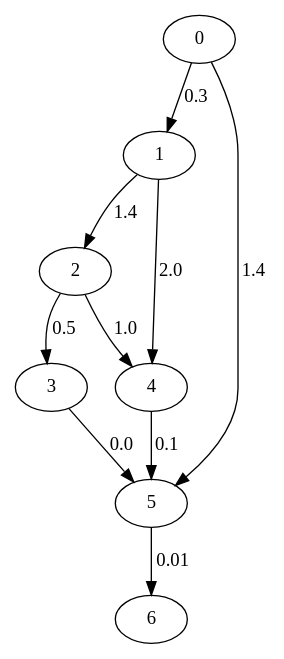
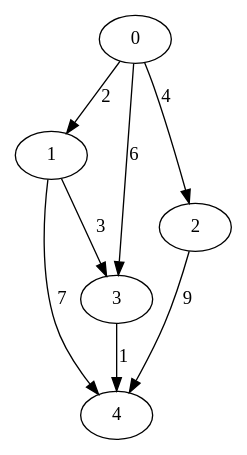
The diagram in g1.dot (gresendesa/pathfinding), drawn with Graphviz before and after one commit. The commit also changed 1 other file, not shown here.

```diff
--- a/g1.dot
+++ b/g1.dot
@@ -1,11 +1,9 @@
 digraph g {
-	0 -> 1 [label=0.3];
-	1 -> 2 [label=1.4];
-	0 -> 5 [label=1.4];
-	2 -> 3 [label=0.5];
-	2 -> 4 [label=1.0];
-	1 -> 4 [label=2.0];
-	4 -> 5 [label=0.1];
-	3 -> 5 [label=0.0];
-	5 -> 6 [label=0.01];
+	0 -> 1 [label=2];
+	0 -> 2 [label=4];
+	0 -> 3 [label=6];
+	1 -> 3 [label=3];
+	1 -> 4 [label=7];
+	2 -> 4 [label=9];
+	3 -> 4 [label=1];
 }
```
